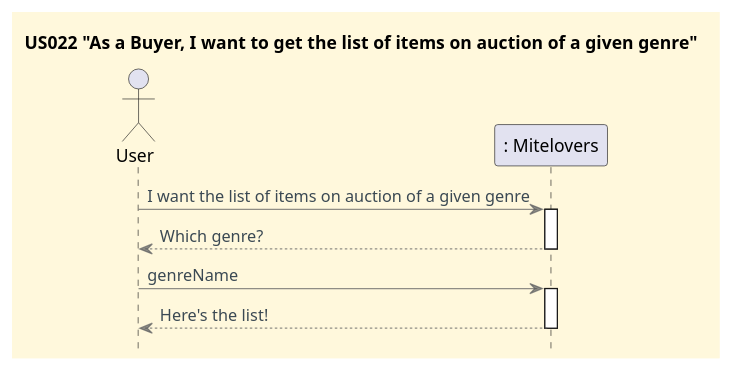
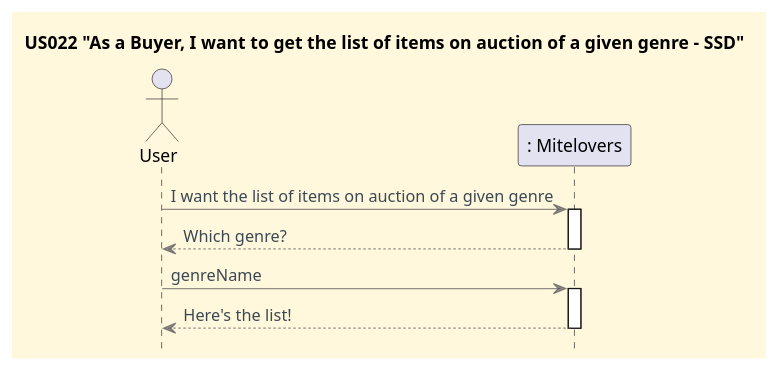
One commit to CarolinaLeite-collab/JavaMarketplacePlatform changed the diagram in docs/userStories/US022/US022_get_the _list_of_items_on_auction_of_a_given_genre_SSD.puml. Above: the diagram before and after it, drawn with PlantUML. The commit also changed 1 other file, not shown here.

Commit message:
docs(US018): minor changes to SSD and SD to follow group norms. Adds to #363

```diff
--- a/docs/userStories/US022/US022_get_the _list_of_items_on_auction_of_a_given_genre_SSD.puml
+++ b/docs/userStories/US022/US022_get_the _list_of_items_on_auction_of_a_given_genre_SSD.puml
@@ -1,45 +1,45 @@
 @startuml
 'https://plantuml.com/sequence-diagram
 '==== basic style ====
 
 'hides unwanted text
 hide stereotype
 
 skinparam monochrome false
 
 skinparam shadowing false
 skinparam defaultFontName Futura
 skinparam objectFontSize 20
 skinparam backgroundColor CornSilk
 skinparam objectBackgroundColor WhiteSmoke
 skinparam noteBackgroundColor #FFFFE0
 skinparam ArrowFontColor #3B4953
 skinparam ArrowColor #57595BAA
 
 'undefined objects
 skinparam object {
   BackgroundColor<<highlight>> 91C6BCAA
   BorderColor<<highlight>> 4B9DA9AA
   FontColor<<highlight>> 547792AA
 }
 skinparam shadowing<<highlight>> false
 
 
-title US022 "As a Buyer, I want to get the list of items on auction of a given genre"
+title US022 "As a Buyer, I want to get the list of items on auction of a given genre - SSD"
 
 actor User
 participant ": Mitelovers"
 
 hidefootbox
 
 User -> ": Mitelovers" : I want the list of items on auction of a given genre
 activate ": Mitelovers"
 ": Mitelovers" --> User : Which genre?
 deactivate ": Mitelovers"
 User -> ": Mitelovers" : genreName
 activate ": Mitelovers"
 ": Mitelovers" --> User : Here's the list!
 deactivate ": Mitelovers"
 
 
 @enduml
```
